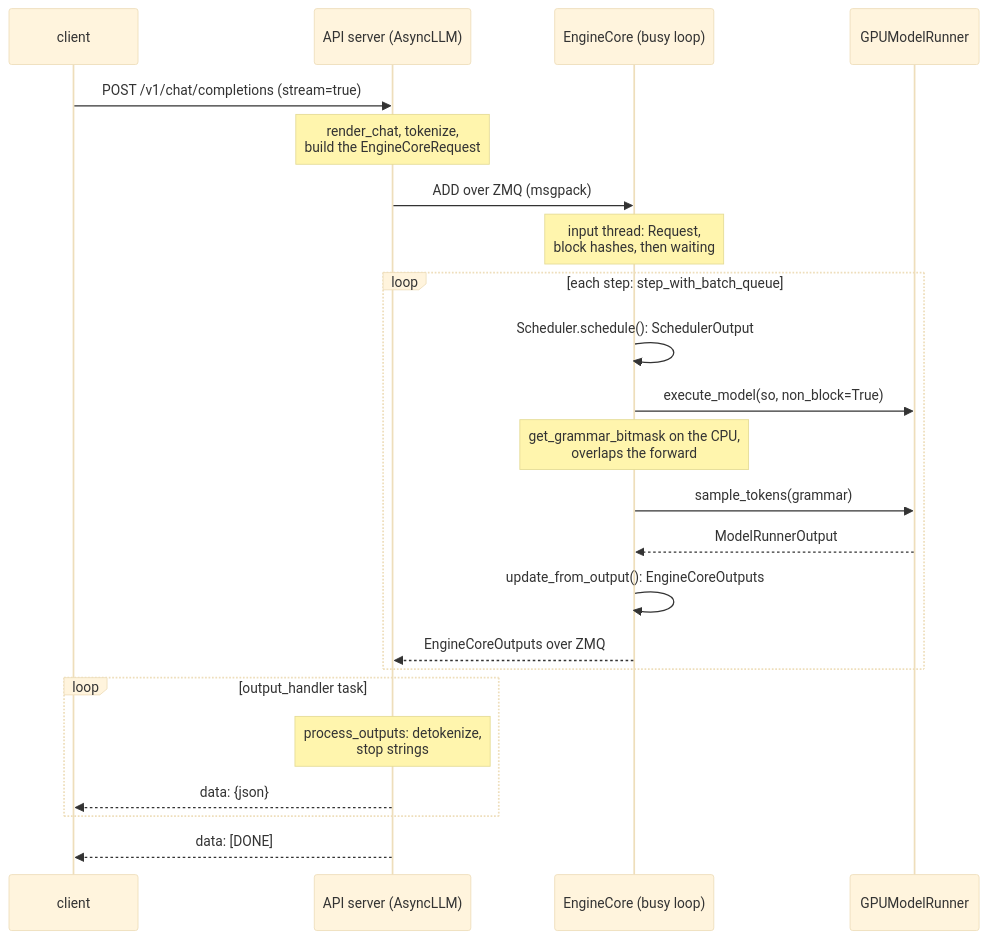
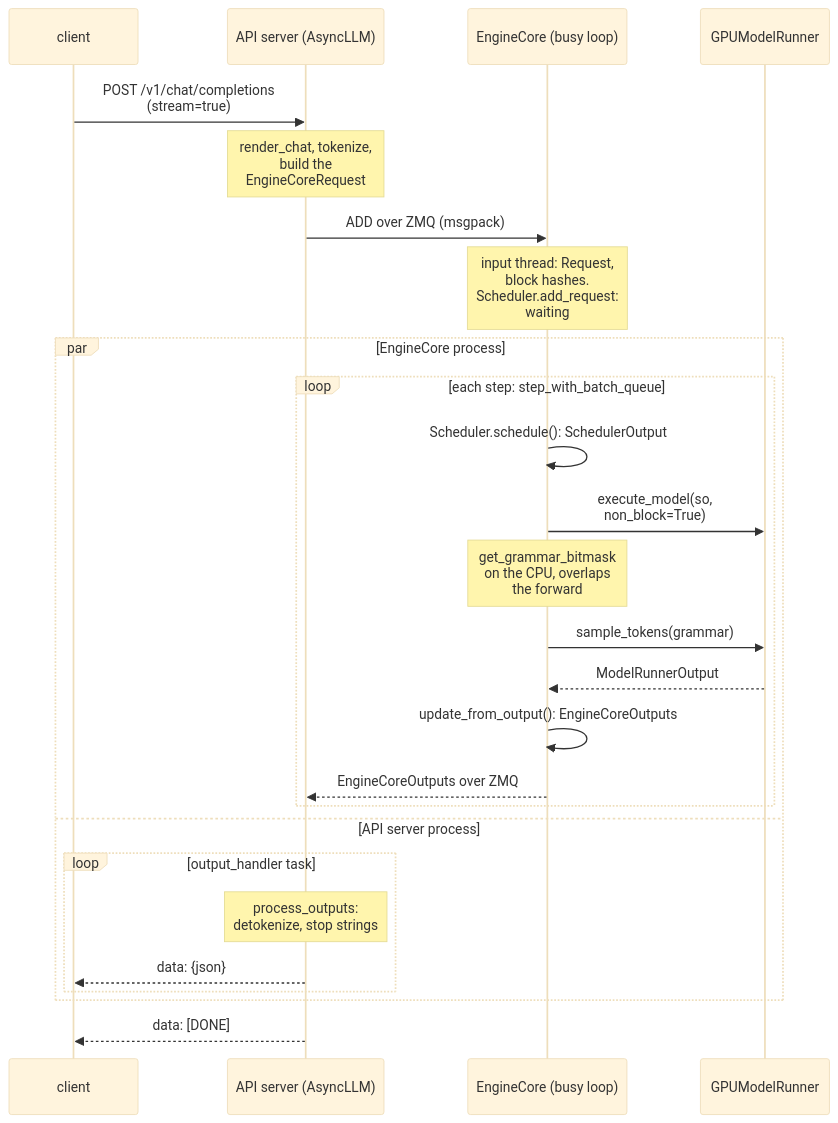
The second of 3 diagrams in 04-inference-engine/vllm-internals/vllm-internals-primer.md (aniryou/full-stack-agentic-engineer), drawn with Mermaid (base theme) before and after one commit. The commit also changed other lines of this file and 51 other files, not shown here.

````diff
--- a/04-inference-engine/vllm-internals/vllm-internals-primer.md
+++ b/04-inference-engine/vllm-internals/vllm-internals-primer.md
@@ -214,25 +214,28 @@
 ```mermaid
 sequenceDiagram
     participant C as client
     participant A as API server (AsyncLLM)
     participant E as EngineCore (busy loop)
     participant G as GPUModelRunner
-    C->>A: POST /v1/chat/completions (stream=true)
-    Note over A: render_chat, tokenize,<br/>build the EngineCoreRequest
+    C->>A: POST /v1/chat/completions<br/>(stream=true)
+    Note over A: render_chat, tokenize,<br/>build the<br/>EngineCoreRequest
     A->>E: ADD over ZMQ (msgpack)
-    Note over E: input thread: Request,<br/>block hashes, then waiting
-    loop each step: step_with_batch_queue
-        E->>E: Scheduler.schedule(): SchedulerOutput
-        E->>G: execute_model(so, non_block=True)
-        Note over E: get_grammar_bitmask on the CPU,<br/>overlaps the forward
-        E->>G: sample_tokens(grammar)
-        G-->>E: ModelRunnerOutput
-        E->>E: update_from_output(): EngineCoreOutputs
-        E-->>A: EngineCoreOutputs over ZMQ
-    end
-    loop output_handler task
-        Note over A: process_outputs: detokenize,<br/>stop strings
-        A-->>C: data: {json}
+    Note over E: input thread: Request,<br/>block hashes.<br/>Scheduler.add_request:<br/>waiting
+    par EngineCore process
+        loop each step: step_with_batch_queue
+            E->>E: Scheduler.schedule(): SchedulerOutput
+            E->>G: execute_model(so,<br/>non_block=True)
+            Note over E: get_grammar_bitmask<br/>on the CPU, overlaps<br/>the forward
+            E->>G: sample_tokens(grammar)
+            G-->>E: ModelRunnerOutput
+            E->>E: update_from_output(): EngineCoreOutputs
+            E-->>A: EngineCoreOutputs over ZMQ
+        end
+    and API server process
+        loop output_handler task
+            Note over A: process_outputs:<br/>detokenize, stop strings
+            A-->>C: data: {json}
+        end
     end
     A-->>C: data: [DONE]
 ```
````
